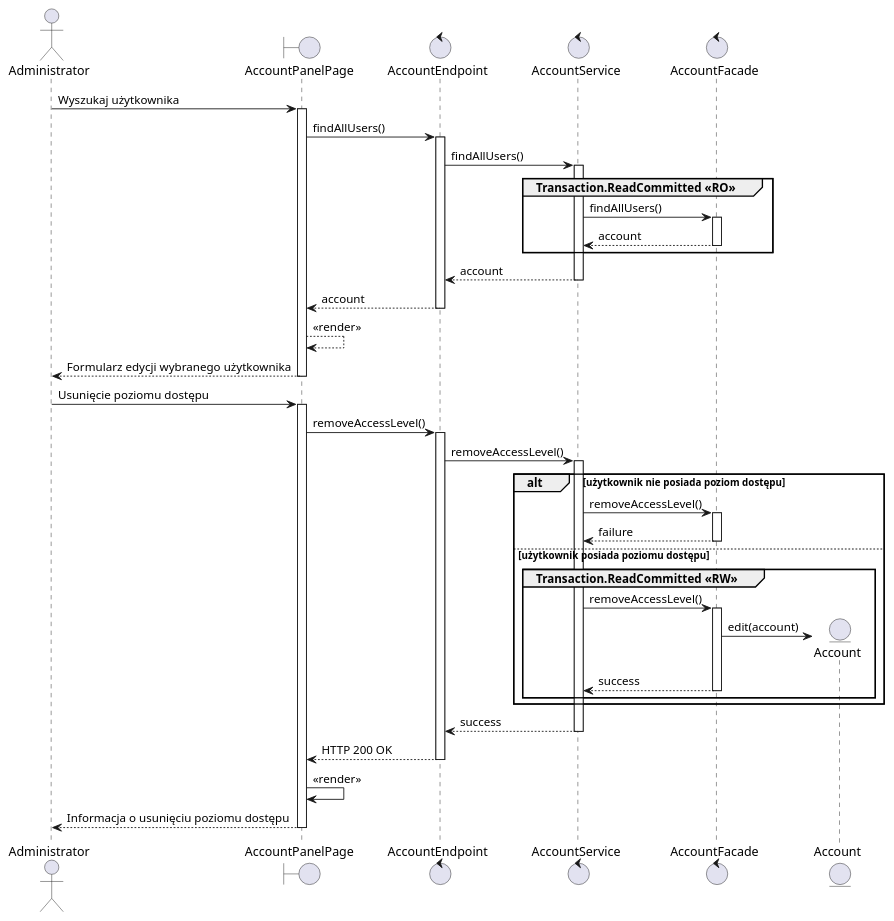
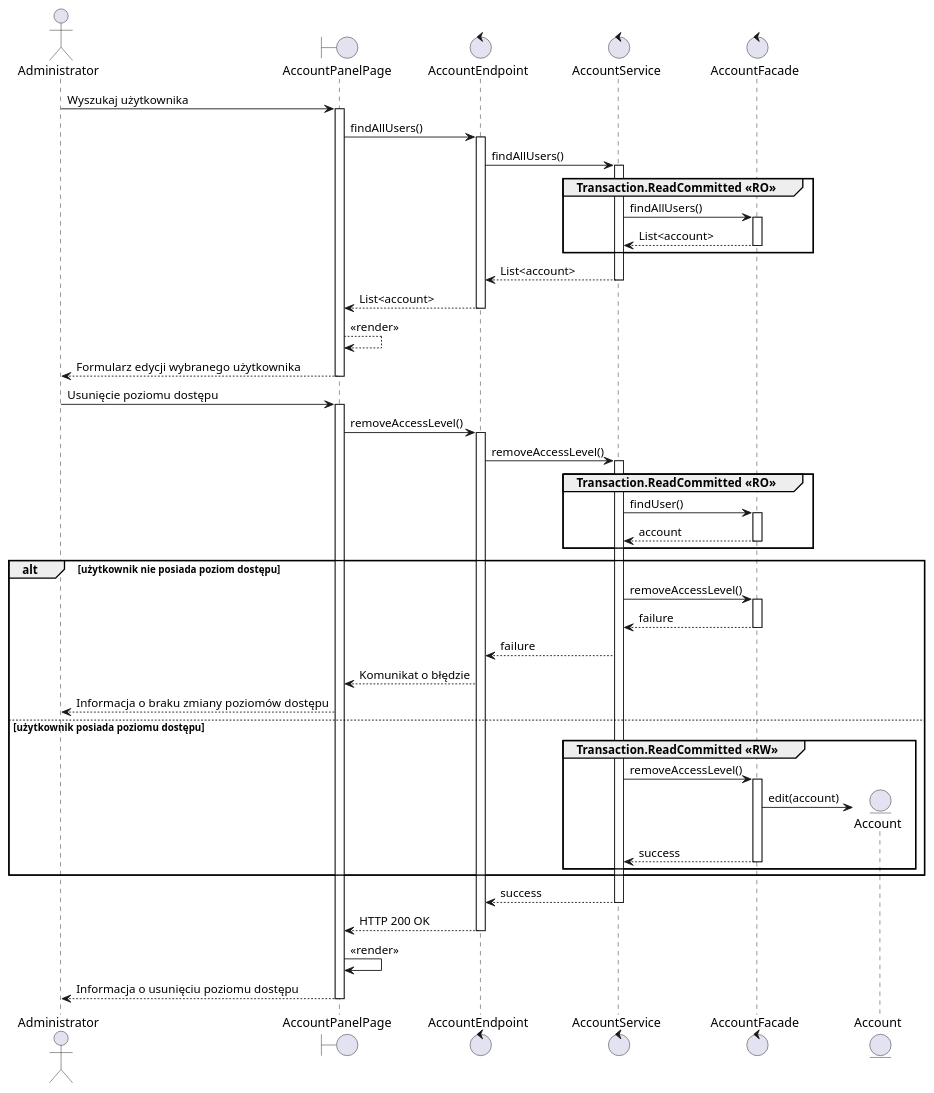
The diagram in src/rozdział 7/mok6.puml (TheVivent-Politechnika-Lodzka/ssbd03_kic_uml), drawn with PlantUML before and after one commit. The commit also changed 2 other files, not shown here.

```diff
--- a/src/rozdział 7/mok6.puml
+++ b/src/rozdział 7/mok6.puml
@@ -1,43 +1,51 @@
 @startuml MOK.6
 
 actor Administrator as admin
 boundary AccountPanelPage as gui
 control AccountEndpoint as controller
 control AccountService as service
 control AccountFacade as facade
 entity Account as account
 
 admin -> gui ++ : Wyszukaj użytkownika
 gui -> controller ++ :  findAllUsers()
 controller -> service ++ : findAllUsers()
 group Transaction.ReadCommitted <<RO>>
     service -> facade ++ : findAllUsers()
-    return account
+    return List<account>
 end
-return account
-return account
+return List<account>
+return List<account>
 gui --> gui : <<render>>
 return Formularz edycji wybranego użytkownika
 
 admin -> gui ++ : Usunięcie poziomu dostępu
 gui -> controller ++ : removeAccessLevel()
 controller -> service ++ : removeAccessLevel() 
 
+group Transaction.ReadCommitted <<RO>>
+    service -> facade ++ : findUser()
+    return account
+end
+
 alt użytkownik nie posiada poziom dostępu
     service -> facade ++ : removeAccessLevel()
     return failure
+    service --> controller : failure
+    controller --> gui : Komunikat o błędzie
+    gui --> admin : Informacja o braku zmiany poziomów dostępu
 else użytkownik posiada poziomu dostępu
     group Transaction.ReadCommitted <<RW>>
         service -> facade ++ : removeAccessLevel()
         facade -> account ** : edit(account)
     return success
     end
 end
 
 return success
 return HTTP 200 OK
 gui -> gui : <<render>>
 return Informacja o usunięciu poziomu dostępu
 
 
 @enduml
```
